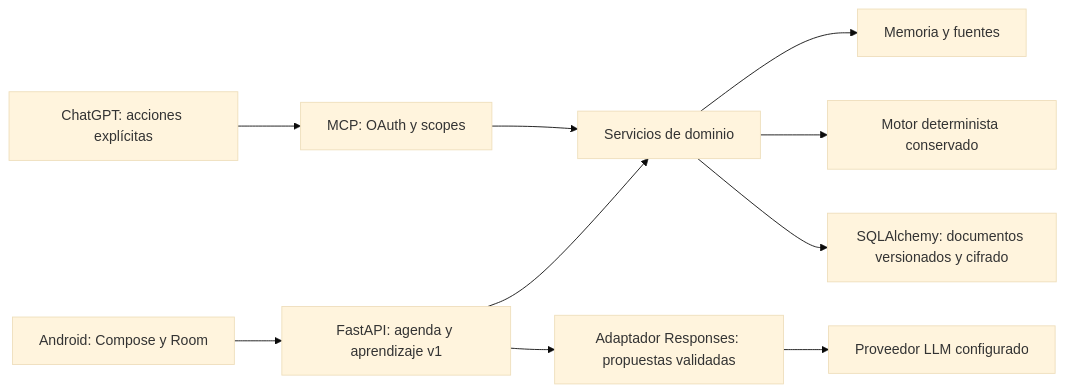
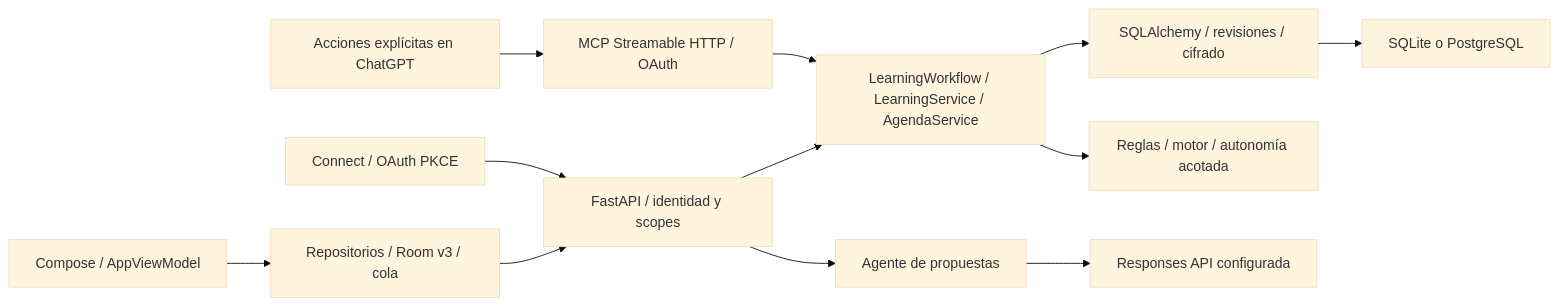
Before and after one commit to Gabriel01100/planner: the diagram in docs/ARCHITECTURE.md, drawn with Mermaid (base theme). The commit also changed other lines of this file and 22 other files, not shown here.

Commit message:
docs(deploy): consolidate guides and validate PostgreSQL, TLS and review-branch releases

````diff
--- a/docs/ARCHITECTURE.md
+++ b/docs/ARCHITECTURE.md
@@ -35,12 +7,14 @@
 ```mermaid
 flowchart LR
-    Android[Android: Compose y Room] --> API[FastAPI: agenda y aprendizaje v1]
-    ChatGPT[ChatGPT: acciones explícitas] --> MCP[MCP: OAuth y scopes]
-    MCP --> Domain[Servicios de dominio]
-    API --> Domain
-    Domain --> Memory[Memoria y fuentes]
-    Domain --> Planner[Motor determinista conservado]
-    Domain --> DB[SQLAlchemy: documentos versionados y cifrado]
-    API --> Agent[Adaptador Responses: propuestas validadas]
-    Agent --> Provider[Proveedor LLM configurado]
+    Android[Compose / AppViewModel] --> Local[Repositorios / Room v3 / cola]
+    Local --> REST[FastAPI / identidad y scopes]
+    Browser[Connect / OAuth PKCE] --> REST
+    ChatGPT[Acciones explícitas en ChatGPT] --> MCP[MCP Streamable HTTP / OAuth]
+    REST --> Services[LearningWorkflow / LearningService / AgendaService]
+    MCP --> Services
+    Services --> DB[SQLAlchemy / revisiones / cifrado]
+    DB --> Storage[SQLite o PostgreSQL]
+    Services --> Rules[Reglas / motor / autonomía acotada]
+    REST --> Agent[Agente de propuestas]
+    Agent --> LLM[Responses API configurada]
 ```
````
